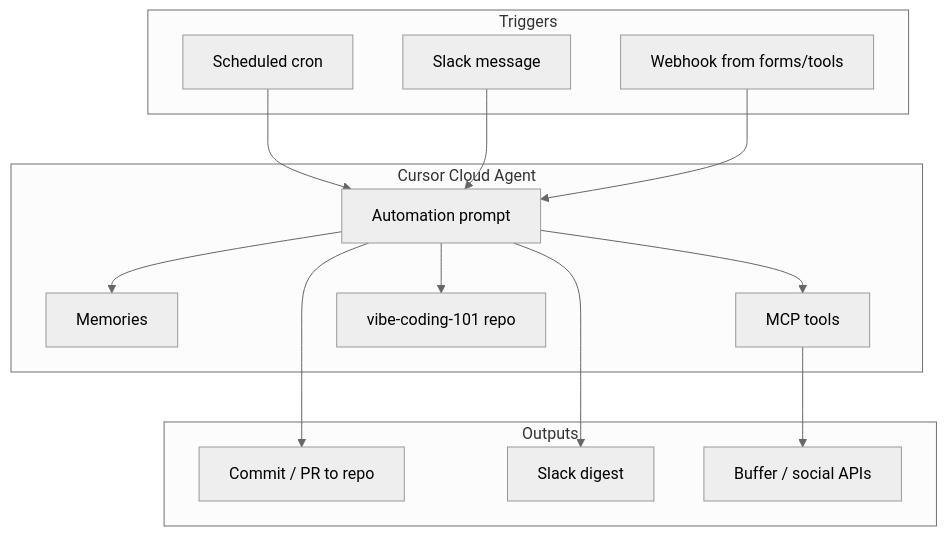
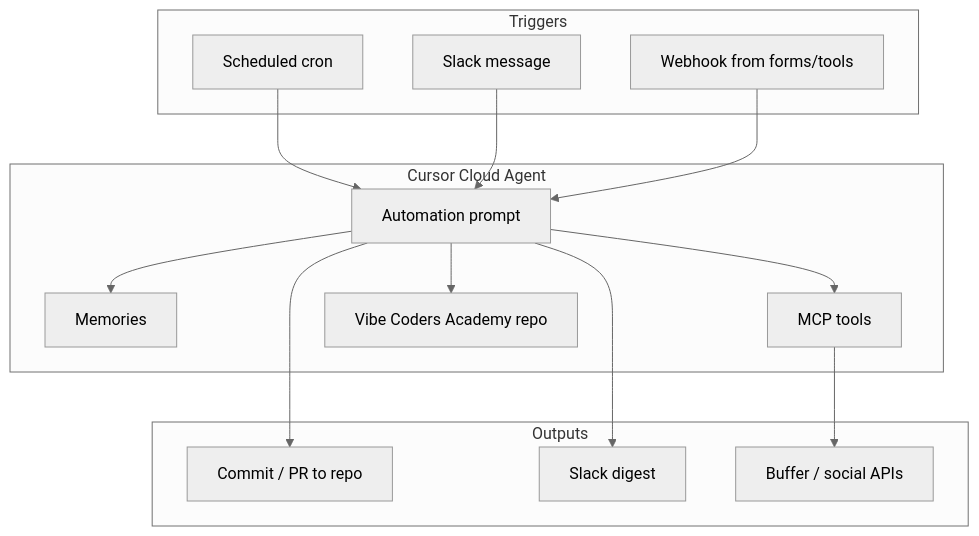
Before and after one commit to denistiano/cursor-automations: the diagram in docs/cursor-automations-playbook.md, drawn with Mermaid (neutral theme). The commit also changed other lines of this file and 19 other files, not shown here.

````diff
--- a/docs/cursor-automations-playbook.md
+++ b/docs/cursor-automations-playbook.md
@@ -41,31 +41,31 @@
 ```mermaid
 flowchart TB
   subgraph triggers [Triggers]
     CRON[Scheduled cron]
     SLACK[Slack message]
     WH[Webhook from forms/tools]
   end
 
   subgraph cursor [Cursor Cloud Agent]
     PROMPT[Automation prompt]
     MEM[Memories]
     MCP[MCP tools]
-    REPO[vibe-coding-101 repo]
+    REPO[Vibe Coders Academy repo]
   end
 
   subgraph outputs [Outputs]
     DOCS[Commit / PR to repo]
     SLACK_OUT[Slack digest]
     BUFFER[Buffer / social APIs]
   end
 
   CRON --> PROMPT
   SLACK --> PROMPT
   WH --> PROMPT
   PROMPT --> MEM
   PROMPT --> MCP
   PROMPT --> REPO
   PROMPT --> DOCS
   PROMPT --> SLACK_OUT
   MCP --> BUFFER
 ```
````
